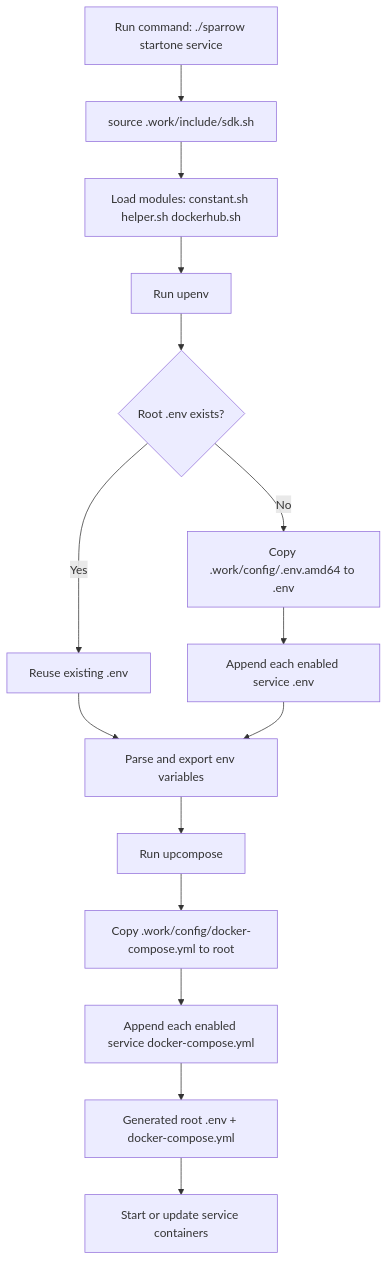
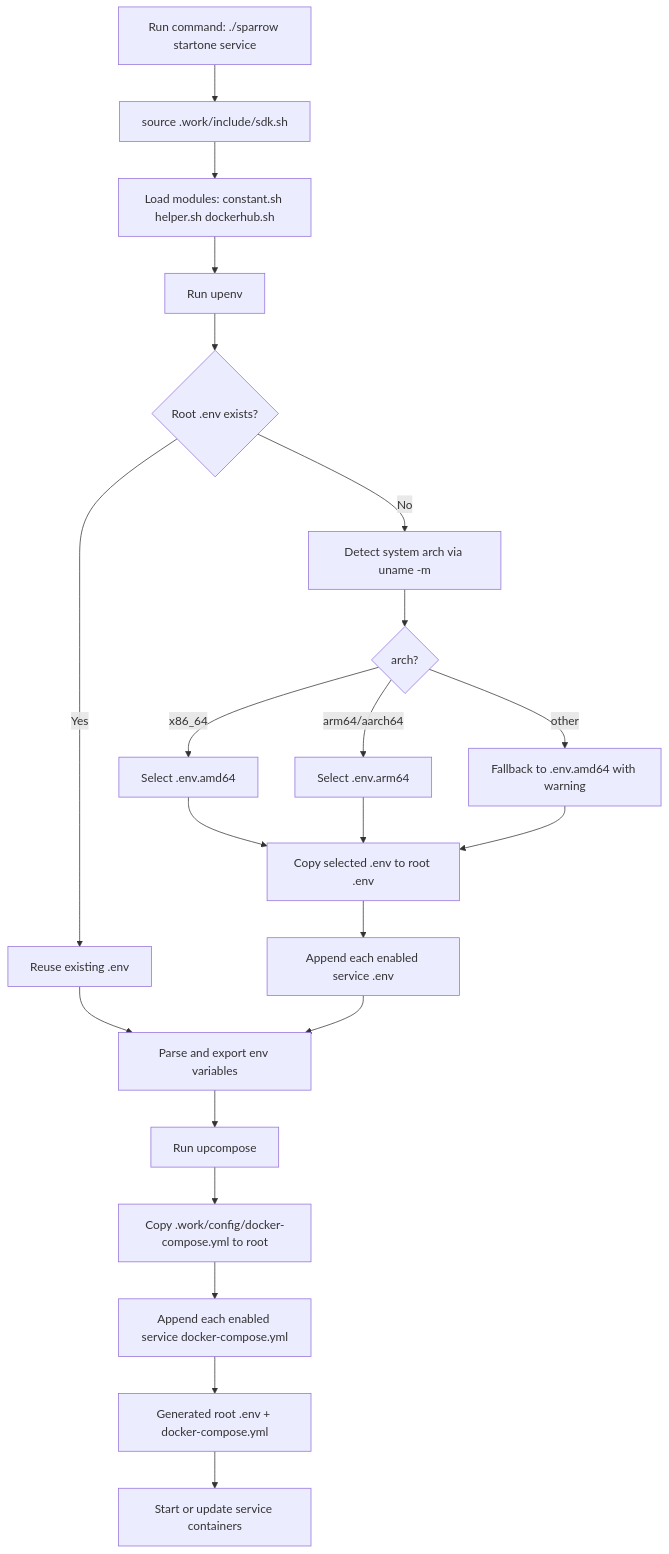
Before and after one commit to WGrape/sparrow: the diagram in .work/extra/doc/3.DEVELOPMENT_EN.md, drawn with Mermaid. The commit also changed other lines of this file and 6 other files, not shown here.

````diff
--- a/.work/extra/doc/3.DEVELOPMENT_EN.md
+++ b/.work/extra/doc/3.DEVELOPMENT_EN.md
@@ -55,17 +56,22 @@
 ```mermaid
 flowchart TD
     A[Run command: ./sparrow startone service] --> B[source .work/include/sdk.sh]
     B --> C[Load modules: constant.sh helper.sh dockerhub.sh]
     C --> D[Run upenv]
     D --> E{Root .env exists?}
-    E -- No --> F[Copy .work/config/.env.amd64 to .env]
+    E -- No --> F[Detect system arch via uname -m]
+    F --> FA{arch?}
+    FA -- x86_64 --> FB[Select .env.amd64]
+    FA -- arm64/aarch64 --> FC[Select .env.arm64]
+    FA -- other --> FD[Fallback to .env.amd64 with warning]
+    FB & FC & FD --> G2[Copy selected .env to root .env]
     E -- Yes --> G[Reuse existing .env]
-    F --> H[Append each enabled service .env]
+    G2 --> H[Append each enabled service .env]
     G --> I[Parse and export env variables]
     H --> I
     I --> J[Run upcompose]
     J --> K[Copy .work/config/docker-compose.yml to root]
     K --> L[Append each enabled service docker-compose.yml]
     L --> M[Generated root .env + docker-compose.yml]
     M --> N[Start or update service containers]
 ```
````
